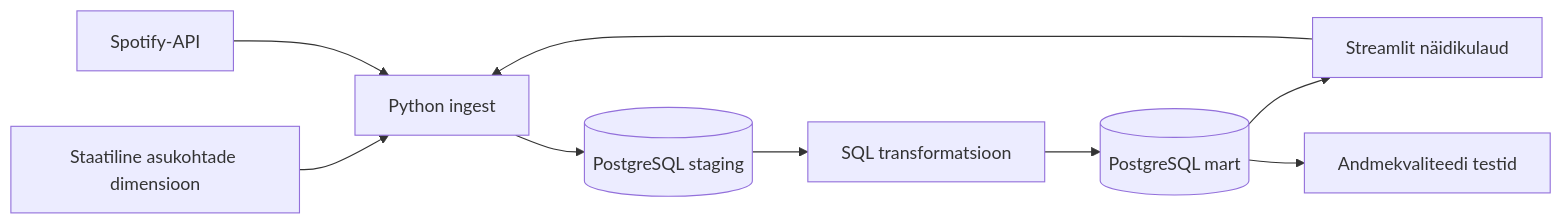
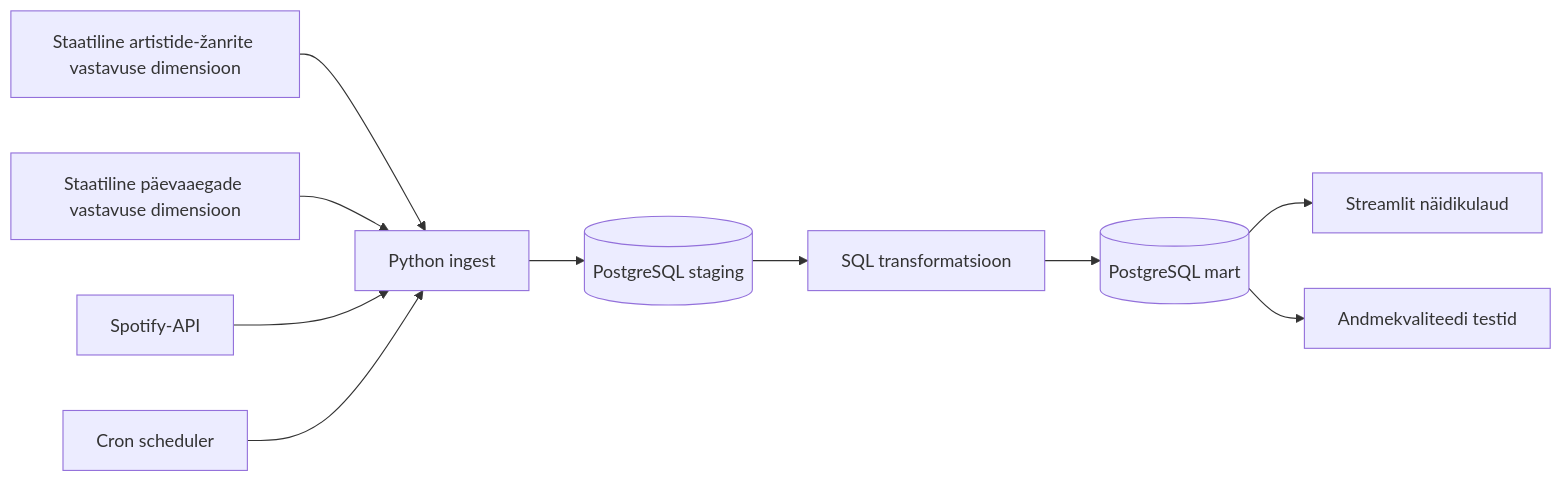
The diagram in README.md (eriktarelkin/ut-andmeinseneeria-projekt), drawn with Mermaid before and after one commit.

Commit message:
katse3_arhitektuurijoonis

````diff
--- a/README.md
+++ b/README.md
@@ -23,11 +23,12 @@
 ```mermaid
 flowchart LR
-    I[Staatiline asukohtade dimensioon] --> B[Python ingest]
+    I[Staatiline artistide-žanrite vastavuse dimensioon] --> B[Python ingest]
+    J[Staatiline päevaaegade vastavuse dimensioon] --> B[Python ingest]
     A[Spotify-API] --> B[Python ingest]
-    F[Cron scheduler] --> B[Python ingest]
     B --> C[(PostgreSQL staging)]
     C --> D[SQL transformatsioon]
     D --> E[(PostgreSQL mart)]
     E --> F[Streamlit näidikulaud]
     E --> G[Andmekvaliteedi testid]
+    H[Cron scheduler] --> B[Python ingest]
 ```
````
